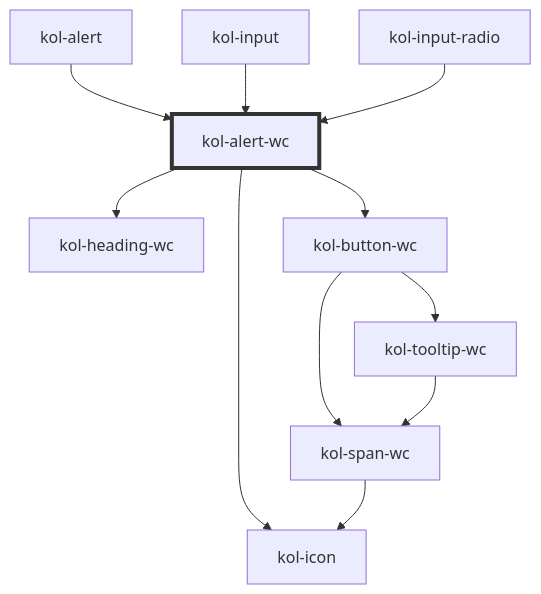
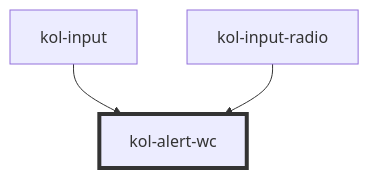
The diagram in packages/components/src/components/alert/readme.md (public-ui/kolibri), drawn with Mermaid before and after one commit. The commit also changed other lines of this file and 31 other files, not shown here.

````diff
--- a/packages/components/src/components/alert/readme.md
+++ b/packages/components/src/components/alert/readme.md
@@ -114,14 +107,6 @@
 ```mermaid
 graph TD;
-  kol-alert-wc --> kol-heading-wc
-  kol-alert-wc --> kol-button-wc
-  kol-alert-wc --> kol-icon
-  kol-button-wc --> kol-span-wc
-  kol-button-wc --> kol-tooltip-wc
-  kol-span-wc --> kol-icon
-  kol-tooltip-wc --> kol-span-wc
-  kol-alert --> kol-alert-wc
   kol-input --> kol-alert-wc
   kol-input-radio --> kol-alert-wc
   style kol-alert-wc stroke:#333,stroke-width:4px
 ```
````
